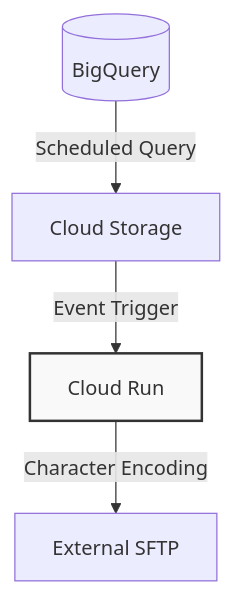
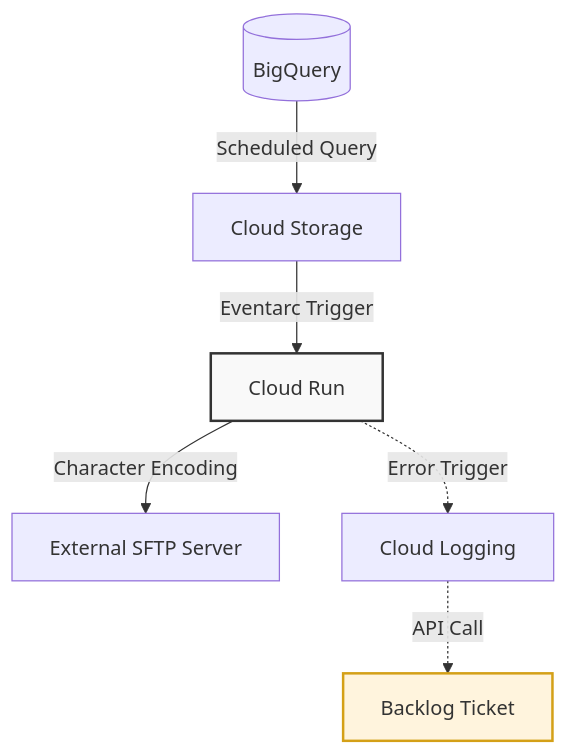
One commit to conti0513/development_public changed the second of 2 diagrams in projects/01_cloud_native_architecture/README.md. Above: the diagram before and after it, drawn with Mermaid. The commit also changed other lines of this file, not shown here.

````diff
--- a/projects/01_cloud_native_architecture/README.md
+++ b/projects/01_cloud_native_architecture/README.md
@@ -43,9 +57,12 @@
 ```mermaid
 graph TD
     BQ[(BigQuery)] -->|Scheduled Query| GCS[Cloud Storage]
-    GCS -->|Event Trigger| CR[Cloud Run]
-    CR -->|Character Encoding| SFTP[External SFTP]
+    GCS -->|Eventarc Trigger| CR[Cloud Run]
+    CR -->|Character Encoding| SFTP[External SFTP Server]
+    CR -.->|Error Trigger| LOG[Cloud Logging]
+    LOG -.->|API Call| BL[Backlog Ticket]
     
     style CR fill:#f9f9f9,stroke:#333,stroke-width:2px
+    style BL fill:#fff4dd,stroke:#d4a017,stroke-width:2px
 
 ```
````
